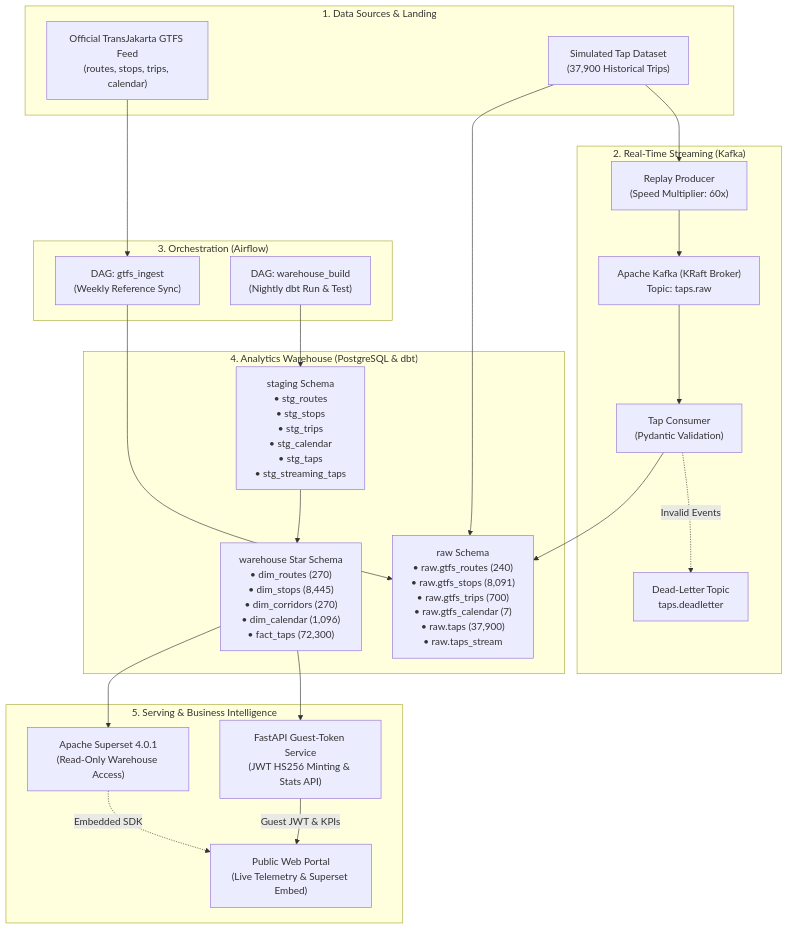
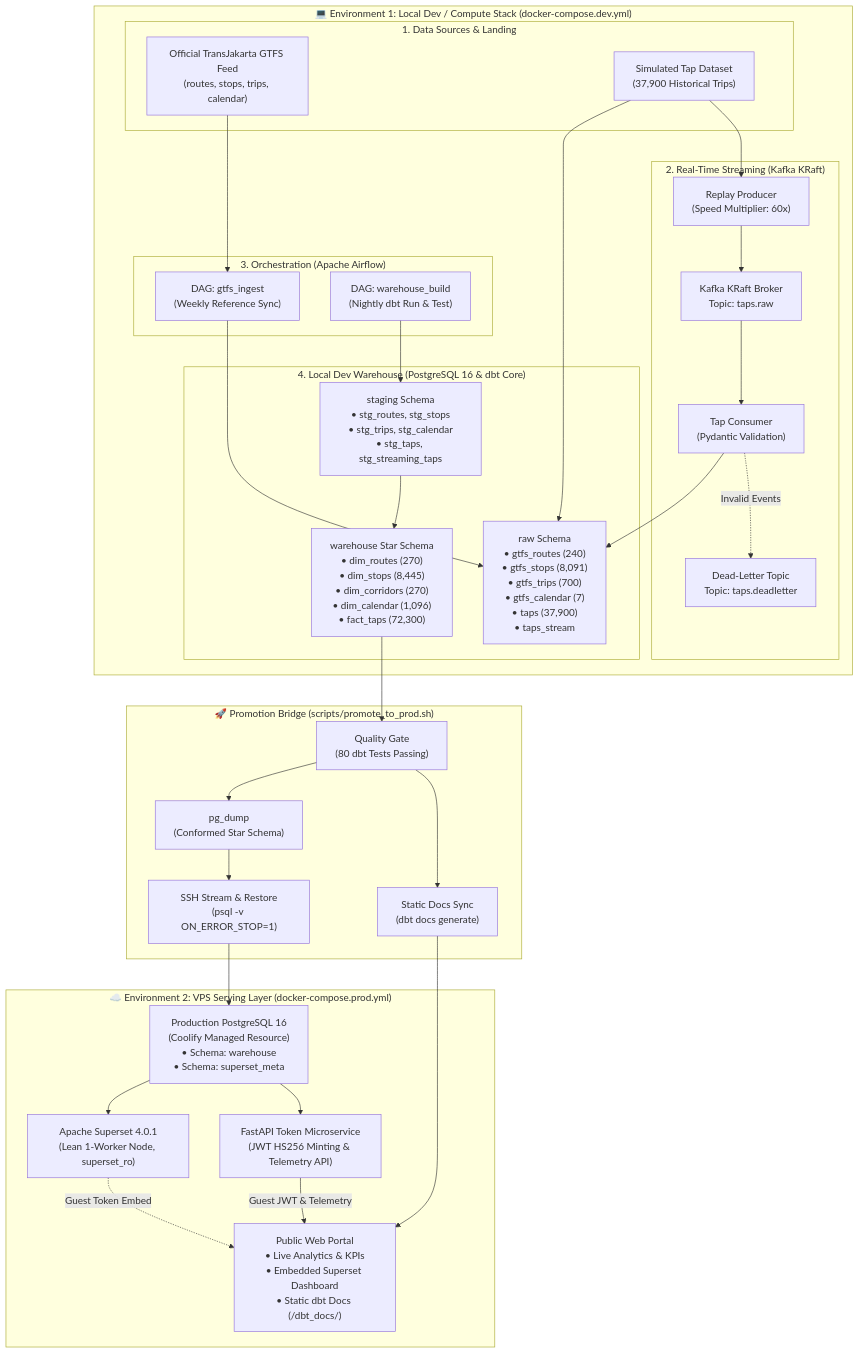
One commit to robitalhazmi/koridortj changed the diagram in README.md. Above: the diagram before and after it, drawn with Mermaid.

Commit message:
docs(readme): enhance architecture diagram with two-environment split and promotion bridge

````diff
--- a/README.md
+++ b/README.md
@@ -25,41 +25,58 @@
 ```mermaid
 flowchart TD
-    subgraph Sources ["1. Data Sources & Landing"]
-        GTFS["Official TransJakarta GTFS Feed<br/>(routes, stops, trips, calendar)"]
-        TapsHist["Simulated Tap Dataset<br/>(37,900 Historical Trips)"]
+    subgraph DevEnv ["💻 Environment 1: Local Dev / Compute Stack (docker-compose.dev.yml)"]
+        subgraph Sources ["1. Data Sources & Landing"]
+            GTFS["Official TransJakarta GTFS Feed<br/>(routes, stops, trips, calendar)"]
+            TapsHist["Simulated Tap Dataset<br/>(37,900 Historical Trips)"]
+        end
+
+        subgraph Streaming ["2. Real-Time Streaming (Kafka KRaft)"]
+            Producer["Replay Producer<br/>(Speed Multiplier: 60x)"]
+            Kafka["Kafka KRaft Broker<br/>Topic: taps.raw"]
+            DLQ["Dead-Letter Topic<br/>Topic: taps.deadletter"]
+            Consumer["Tap Consumer<br/>(Pydantic Validation)"]
+        end
+
+        subgraph Orchestration ["3. Orchestration (Apache Airflow)"]
+            DAG1["DAG: gtfs_ingest<br/>(Weekly Reference Sync)"]
+            DAG2["DAG: warehouse_build<br/>(Nightly dbt Run & Test)"]
+        end
+
+        subgraph LocalWarehouse ["4. Local Dev Warehouse (PostgreSQL 16 & dbt Core)"]
+            Raw["raw Schema<br/>• gtfs_routes (240)<br/>• gtfs_stops (8,091)<br/>• gtfs_trips (700)<br/>• gtfs_calendar (7)<br/>• taps (37,900)<br/>• taps_stream"]
+            Staging["staging Schema<br/>• stg_routes, stg_stops<br/>• stg_trips, stg_calendar<br/>• stg_taps, stg_streaming_taps"]
+            StarSchema["warehouse Star Schema<br/>• dim_routes (270)<br/>• dim_stops (8,445)<br/>• dim_corridors (270)<br/>• dim_calendar (1,096)<br/>• fact_taps (72,300)"]
+        end
+
+        GTFS --> DAG1 --> Raw
+        TapsHist --> Raw
+        TapsHist --> Producer --> Kafka --> Consumer --> Raw
+        Consumer -.->|Invalid Events| DLQ
+        DAG2 --> Staging --> StarSchema
     end
 
-    subgraph Streaming ["2. Real-Time Streaming (Kafka)"]
-        Producer["Replay Producer<br/>(Speed Multiplier: 60x)"]
-        Kafka["Apache Kafka (KRaft Broker)<br/>Topic: taps.raw"]
-        DLQ["Dead-Letter Topic<br/>taps.deadletter"]
-        Consumer["Tap Consumer<br/>(Pydantic Validation)"]
+    subgraph Bridge ["🚀 Promotion Bridge (scripts/promote_to_prod.sh)"]
+        Gate["Quality Gate<br/>(80 dbt Tests Passing)"]
+        Dump["pg_dump<br/>(Conformed Star Schema)"]
+        Tunnel["SSH Stream & Restore<br/>(psql -v ON_ERROR_STOP=1)"]
+        DocsSync["Static Docs Sync<br/>(dbt docs generate)"]
+        Gate --> Dump --> Tunnel
+        Gate --> DocsSync
     end
 
-    subgraph Orchestration ["3. Orchestration (Airflow)"]
-        DAG1["DAG: gtfs_ingest<br/>(Weekly Reference Sync)"]
-        DAG2["DAG: warehouse_build<br/>(Nightly dbt Run & Test)"]
+    subgraph ProdEnv ["☁️ Environment 2: VPS Serving Layer (docker-compose.prod.yml)"]
+        ProdPG["Production PostgreSQL 16<br/>(Coolify Managed Resource)<br/>• Schema: warehouse<br/>• Schema: superset_meta"]
+        Superset["Apache Superset 4.0.1<br/>(Lean 1-Worker Node, superset_ro)"]
+        TokenAPI["FastAPI Token Microservice<br/>(JWT HS256 Minting & Telemetry API)"]
+        WebPortal["Public Web Portal<br/>• Live Analytics & KPIs<br/>• Embedded Superset Dashboard<br/>• Static dbt Docs (/dbt_docs/)"]
+
+        ProdPG --> Superset
+        ProdPG --> TokenAPI
+        Superset -.->|Guest Token Embed| WebPortal
+        TokenAPI -->|Guest JWT & Telemetry| WebPortal
     end
 
-    subgraph Warehouse ["4. Analytics Warehouse (PostgreSQL & dbt)"]
-        Raw["raw Schema<br/>• raw.gtfs_routes (240)<br/>• raw.gtfs_stops (8,091)<br/>• raw.gtfs_trips (700)<br/>• raw.gtfs_calendar (7)<br/>• raw.taps (37,900)<br/>• raw.taps_stream"]
-        Staging["staging Schema<br/>• stg_routes<br/>• stg_stops<br/>• stg_trips<br/>• stg_calendar<br/>• stg_taps<br/>• stg_streaming_taps"]
-        StarSchema["warehouse Star Schema<br/>• dim_routes (270)<br/>• dim_stops (8,445)<br/>• dim_corridors (270)<br/>• dim_calendar (1,096)<br/>• fact_taps (72,300)"]
-    end
-
-    subgraph Serving ["5. Serving & Business Intelligence"]
-        Superset["Apache Superset 4.0.1<br/>(Read-Only Warehouse Access)"]
-        TokenAPI["FastAPI Guest-Token Service<br/>(JWT HS256 Minting & Stats API)"]
-        WebPortal["Public Web Portal<br/>(Live Telemetry & Superset Embed)"]
-    end
-
-    GTFS --> DAG1 --> Raw
-    TapsHist --> Raw
-    TapsHist --> Producer --> Kafka --> Consumer --> Raw
-    Consumer -.->|Invalid Events| DLQ
-    DAG2 --> Staging --> StarSchema
-    StarSchema --> Superset
-    StarSchema --> TokenAPI
-    Superset -.->|Embedded SDK| WebPortal
-    TokenAPI -->|Guest JWT & KPIs| WebPortal
+    StarSchema --> Gate
+    Tunnel --> ProdPG
+    DocsSync --> WebPortal
 ```
````
